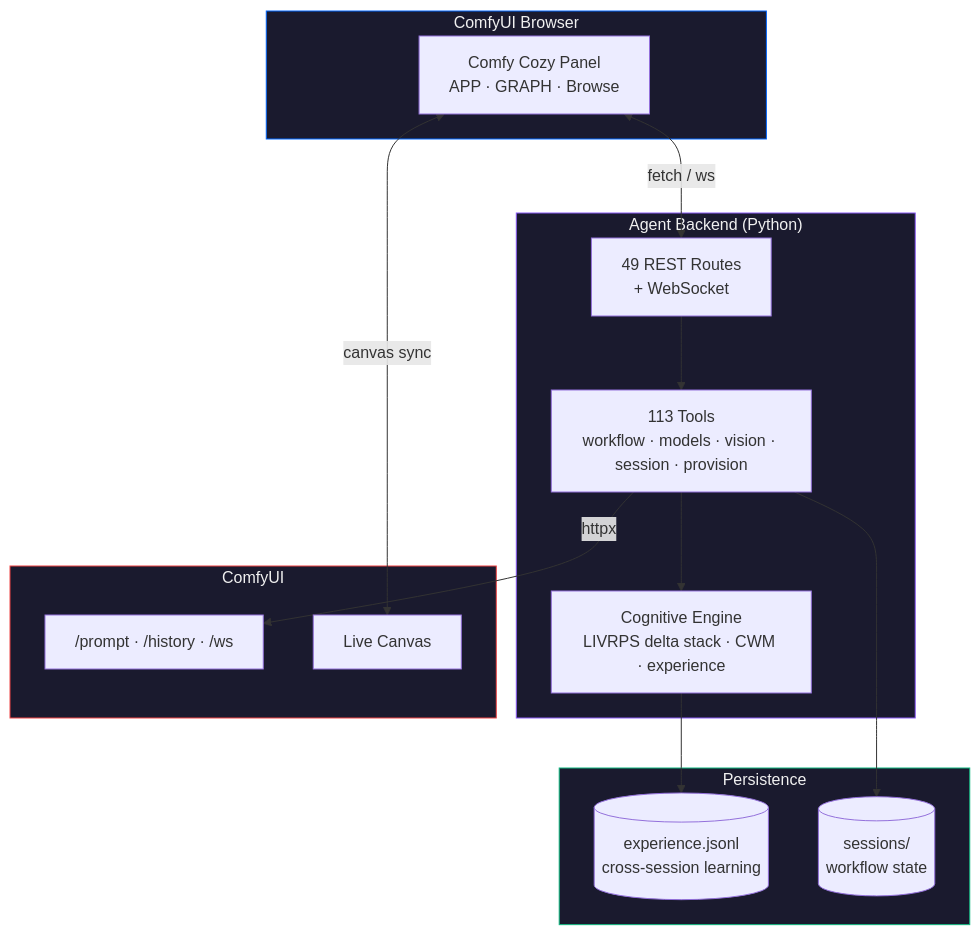
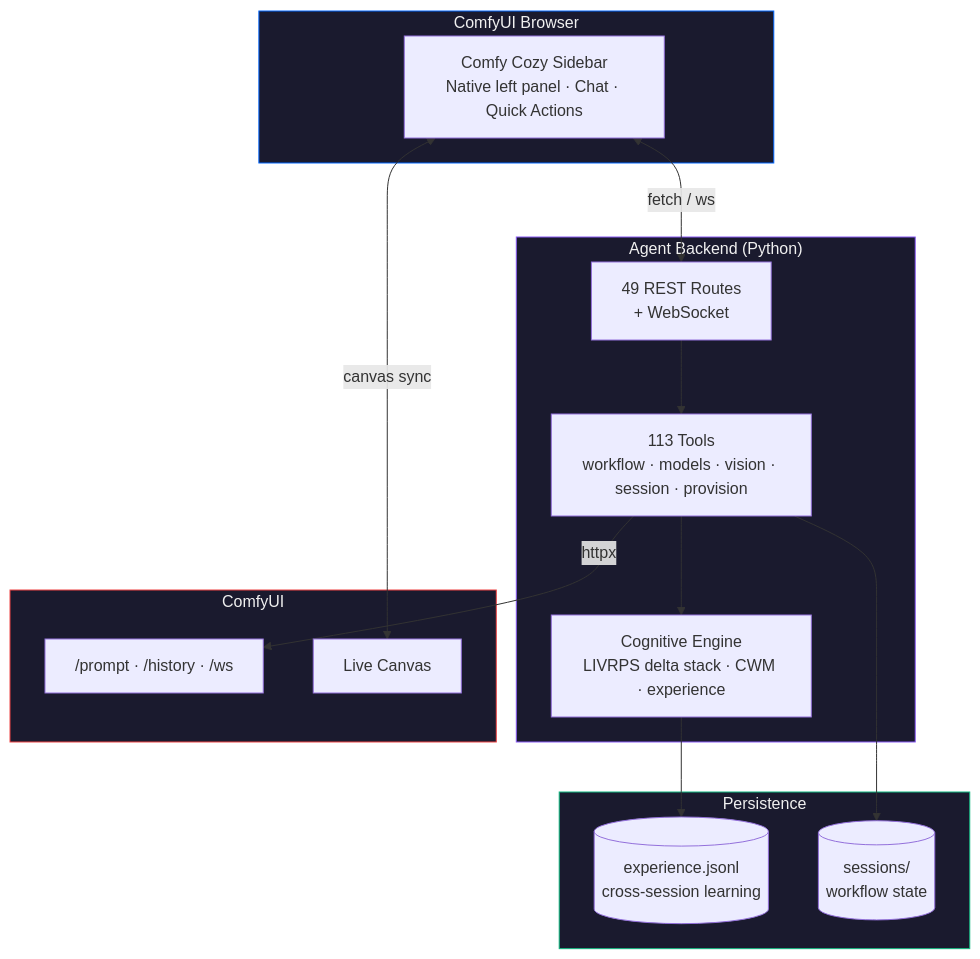
The third of 16 diagrams in README.md (JosephOIbrahim/Comfy-Cozy), drawn with Mermaid before and after one commit. The commit also changed other lines of this file and 3 other files, not shown here.

First line of the commit message:
[PILOT] Native sidebar redesign — Pentagram-quality, ComfyUI-native

````diff
--- a/README.md
+++ b/README.md
@@ -293,32 +293,32 @@
 ```mermaid
 graph TB
     subgraph Browser ["ComfyUI Browser"]
-        Panel["Comfy Cozy Panel<br/>APP · GRAPH · Browse"]
+        Panel["Comfy Cozy Sidebar<br/>Native left panel · Chat · Quick Actions"]
     end
     subgraph Backend ["Agent Backend (Python)"]
         Routes["49 REST Routes<br/>+ WebSocket"]
         Tools["113 Tools<br/>workflow · models · vision · session · provision"]
         Cog["Cognitive Engine<br/>LIVRPS delta stack · CWM · experience"]
     end
     subgraph ComfyUI ["ComfyUI"]
         API["/prompt · /history · /ws"]
         Canvas["Live Canvas"]
     end
     subgraph Disk ["Persistence"]
         EXP[("experience.jsonl<br/>cross-session learning")]
         Sessions[("sessions/<br/>workflow state")]
     end
 
     Panel <-->|"fetch / ws"| Routes
     Panel <-->|"canvas sync"| Canvas
     Routes --> Tools
     Tools --> Cog
     Tools -->|httpx| API
     Cog --> EXP
     Tools --> Sessions
 
     style Browser fill:#1a1a2e,color:#F0F0F0,stroke:#0066FF
     style Backend fill:#1a1a2e,color:#F0F0F0,stroke:#8b5cf6
     style ComfyUI fill:#1a1a2e,color:#F0F0F0,stroke:#ef4444
     style Disk fill:#1a1a2e,color:#F0F0F0,stroke:#10b981
 ```
````
